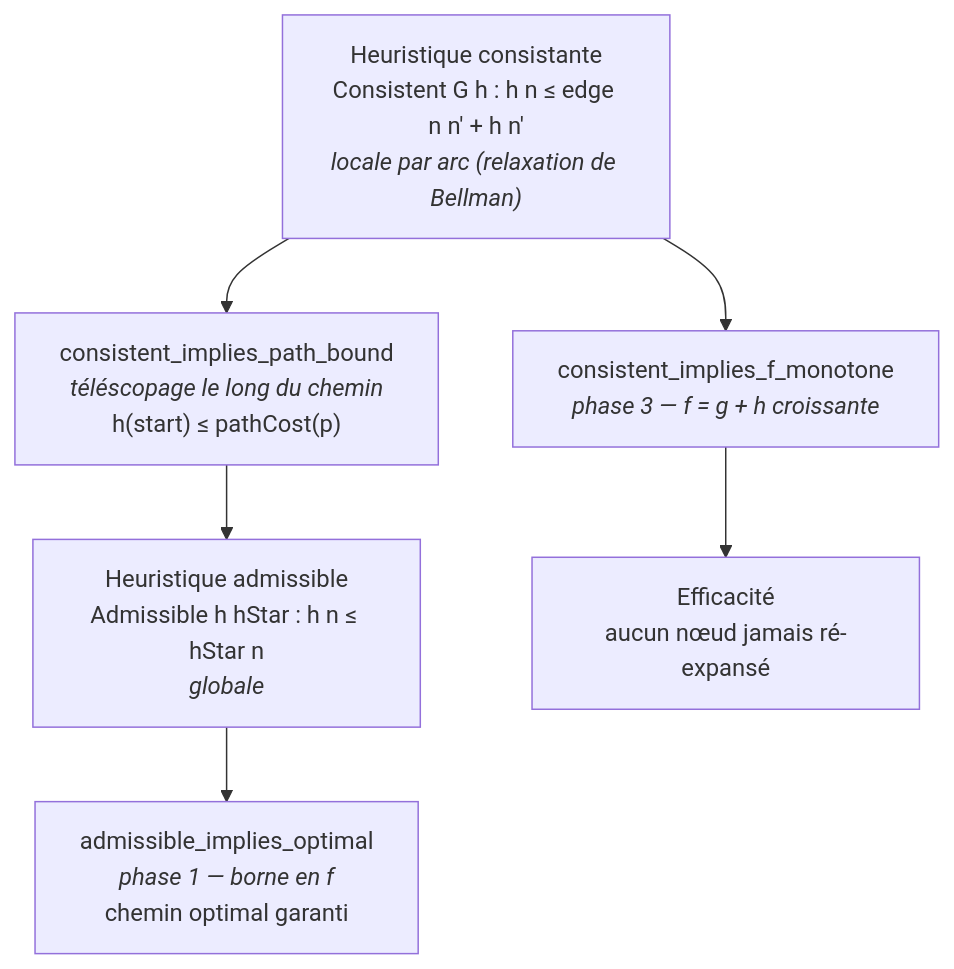
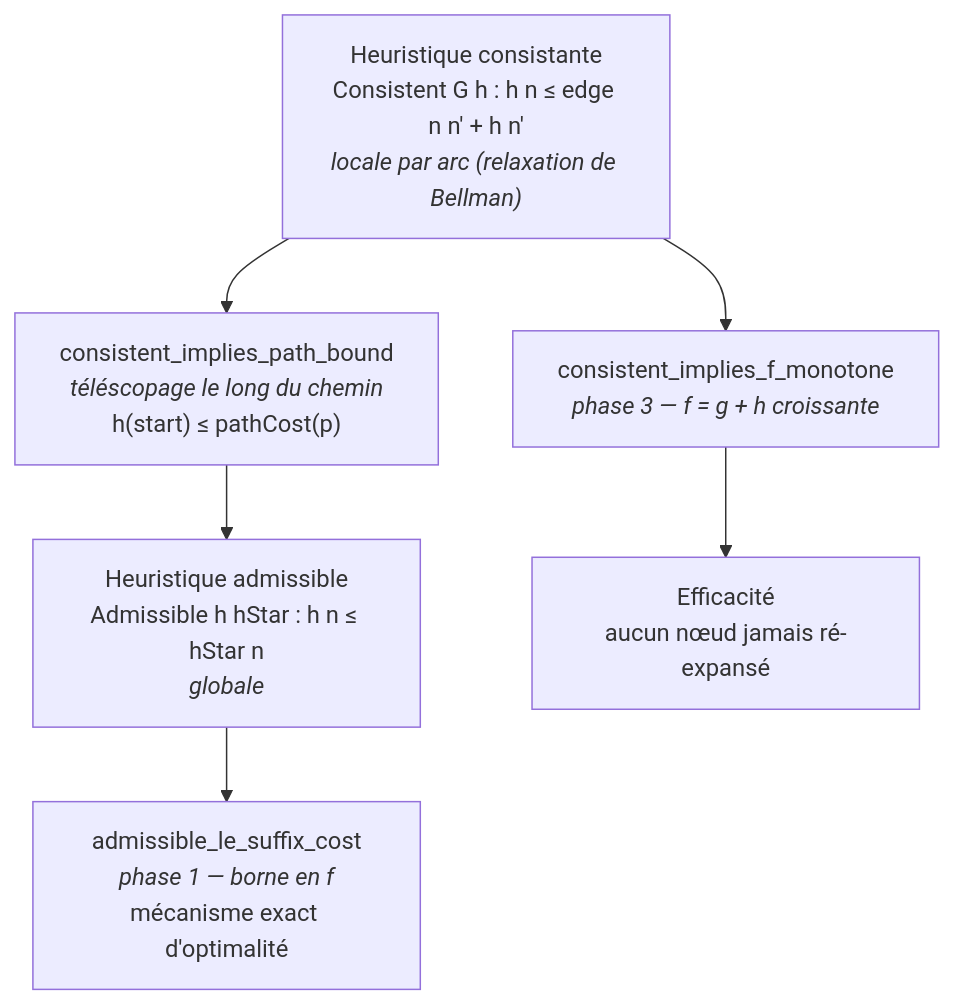
The second of 2 diagrams in MyIA.AI.Notebooks/Search/search_lean/README.md (jsboige/CoursIA), drawn with Mermaid before and after one commit. The commit also changed other lines of this file and 6 other files, not shown here.

First line of the commit message:
docs(lean,#14893): purge des references residuelles a admissible_implies_optimal apres renommage #14864

````diff
--- a/MyIA.AI.Notebooks/Search/search_lean/README.md
+++ b/MyIA.AI.Notebooks/Search/search_lean/README.md
@@ -173,15 +173,15 @@
 ```mermaid
 flowchart TD
     CONS["Heuristique consistante<br/>Consistent G h : h n ≤ edge n n' + h n'<br/><i>locale par arc (relaxation de Bellman)</i>"]
     TELE["consistent_implies_path_bound<br/><i>téléscopage le long du chemin</i><br/>h(start) ≤ pathCost(p)"]
     ADM["Heuristique admissible<br/>Admissible h hStar : h n ≤ hStar n<br/><i>globale</i>"]
-    OPT["admissible_implies_optimal<br/><i>phase 1 — borne en f</i><br/>chemin optimal garanti"]
+    OPT["admissible_le_suffix_cost<br/><i>phase 1 — borne en f</i><br/>mécanisme exact d'optimalité"]
     MONO["consistent_implies_f_monotone<br/><i>phase 3 — f = g + h croissante</i>"]
     EFF["Efficacité<br/>aucun nœud jamais ré-expansé"]
 
     CONS --> TELE
     TELE --> ADM
     ADM --> OPT
     CONS --> MONO
     MONO --> EFF
 ```
````
